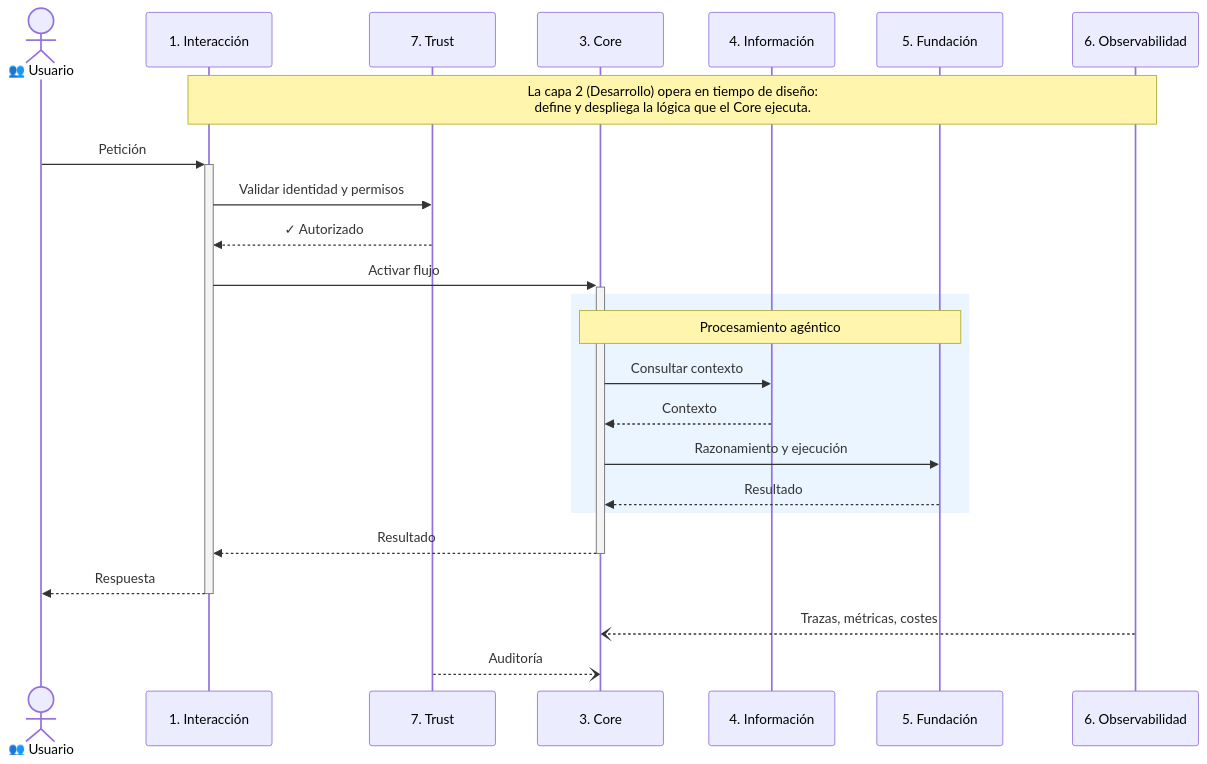
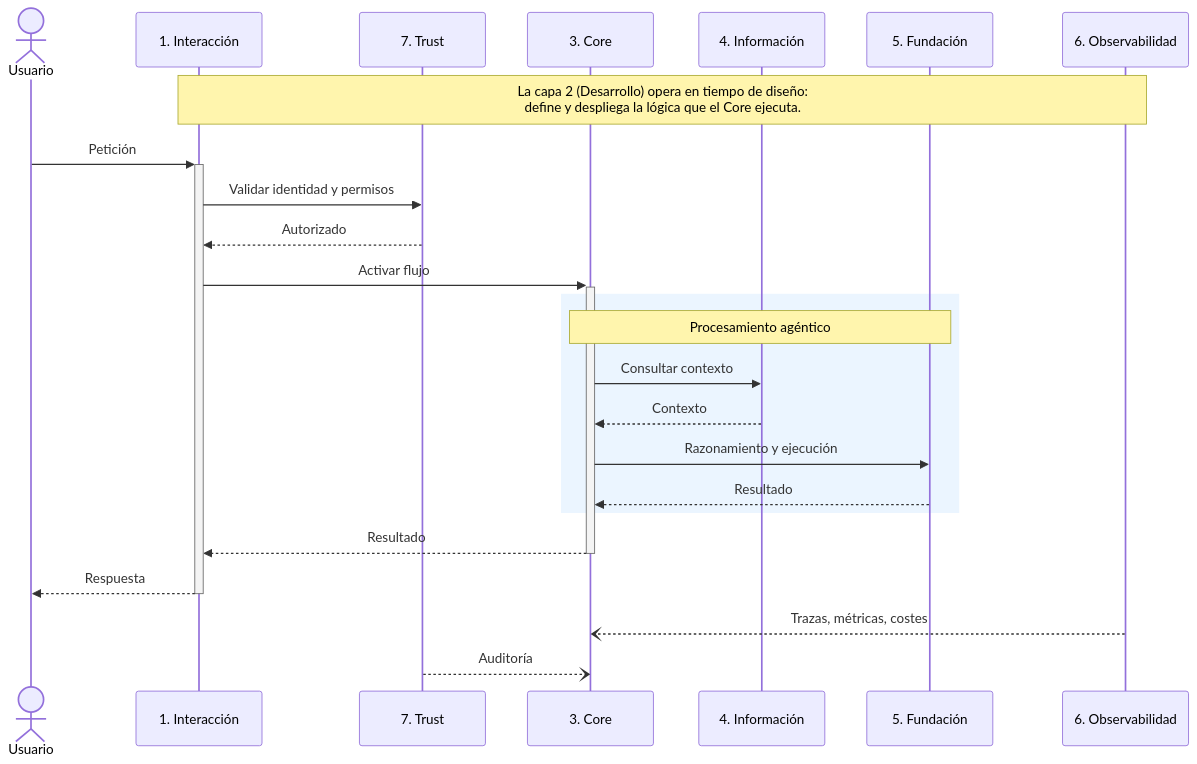
Before and after one commit to ahiguerat/openAgents: the second of 2 diagrams in docs/architecture.md, drawn with Mermaid. The commit also changed other lines of this file and 51 other files, not shown here.

````diff
--- a/docs/architecture.md
+++ b/docs/architecture.md
@@ -100,32 +100,32 @@
 ```mermaid
 sequenceDiagram
-    actor U as 👥 Usuario
+    actor U as Usuario
     participant L1 as 1. Interacción
     participant L7 as 7. Trust
     participant L3 as 3. Core
     participant L4 as 4. Información
     participant L5 as 5. Fundación
     participant L6 as 6. Observabilidad
 
     Note over L1,L6: La capa 2 (Desarrollo) opera en tiempo de diseño:<br/>define y despliega la lógica que el Core ejecuta.
 
     U ->>+ L1: Petición
     L1 ->> L7: Validar identidad y permisos
-    L7 -->> L1: ✓ Autorizado
+    L7 -->> L1: Autorizado
 
     L1 ->>+ L3: Activar flujo
 
     rect rgb(235, 245, 255)
         Note over L3,L5: Procesamiento agéntico
         L3 ->> L4: Consultar contexto
         L4 -->> L3: Contexto
         L3 ->> L5: Razonamiento y ejecución
         L5 -->> L3: Resultado
     end
 
     L3 -->>- L1: Resultado
     L1 -->>- U: Respuesta
 
     L6 --) L3: Trazas, métricas, costes
     L7 --) L3: Auditoría
 ```
````
